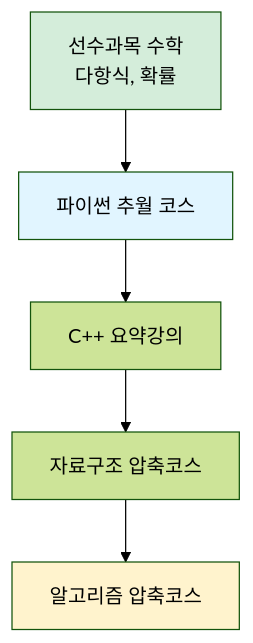
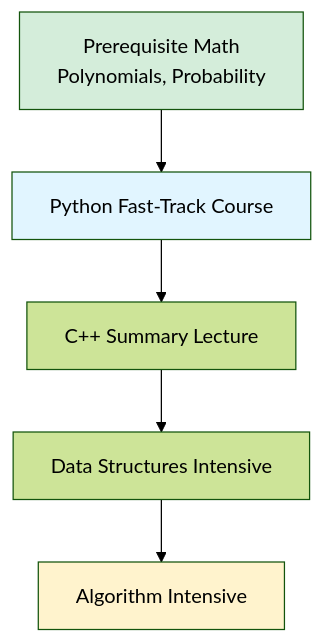
The diagram in _posts/2024-05-11-algorithm-st-1.md (akillness/akillness.github.io), drawn with Mermaid (forest theme) before and after one commit. The commit also changed other lines of this file and 229 other files, not shown here.

````diff
--- a/_posts/2024-05-11-algorithm-st-1.md
+++ b/_posts/2024-05-11-algorithm-st-1.md
@@ -64,11 +60,11 @@
 ```mermaid
 graph TD
-    A[파이썬 추월 코스] --> B[C++ 요약강의]
-    B --> C[자료구조 압축코스]
-    C --> D[알고리즘 압축코스]
-    E[선수과목 수학<br/>다항식, 확률] --> A
+    A[Python Fast-Track Course] --> B[C++ Summary Lecture]
+    B --> C[Data Structures Intensive]
+    C --> D[Algorithm Intensive]
+    E[Prerequisite Math<br/>Polynomials, Probability] --> A
     
     style A fill:#e1f5ff
     style D fill:#fff3cd
     style E fill:#d4edda
 ```
````
